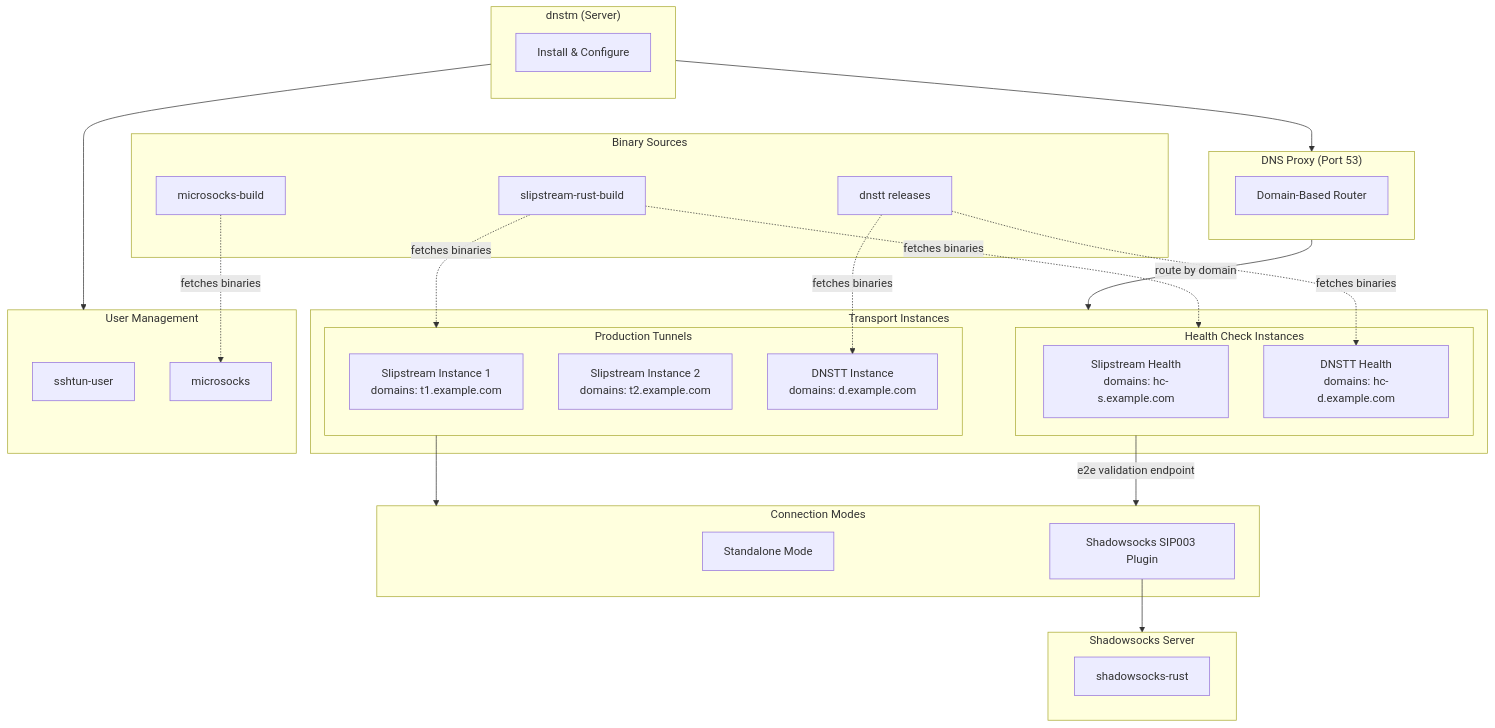
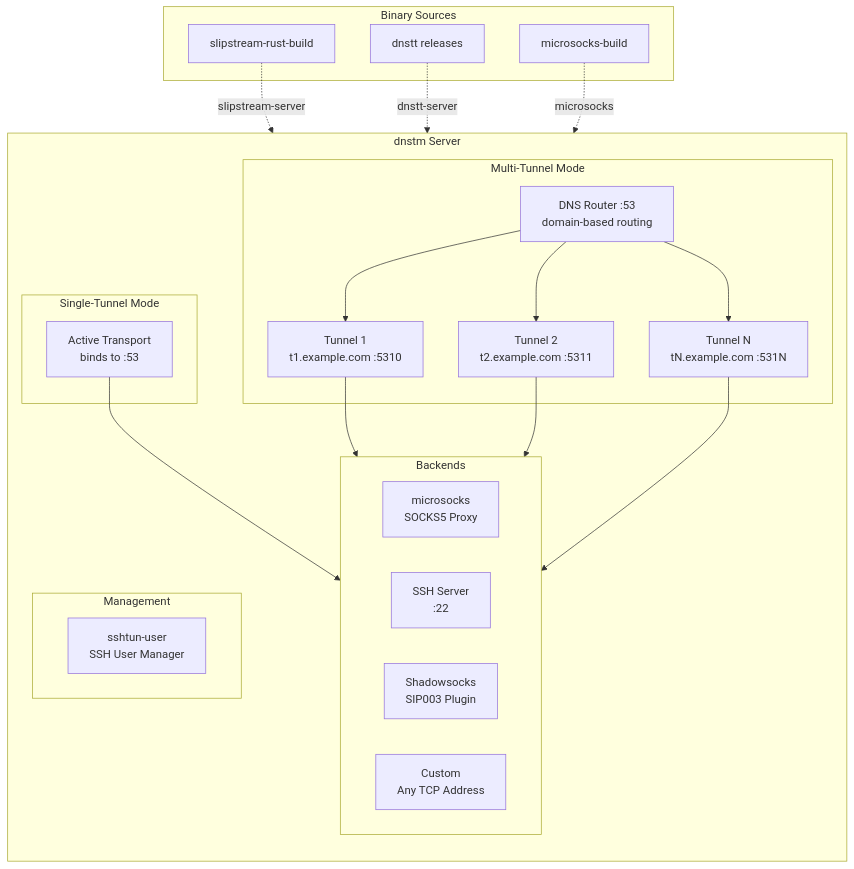
Before and after one commit to net2share/.github: the first of 3 diagrams in profile/README.md, drawn with Mermaid. The commit also changed other lines of this file, not shown here.

````diff
--- a/profile/README.md
+++ b/profile/README.md
@@ -136,56 +138,47 @@
 ```mermaid
 flowchart TB
-    subgraph dnstm["dnstm (Server)"]
+    subgraph dnstm["dnstm Server"]
         direction TB
-        A[Install & Configure]
-    end
 
-    subgraph dns_proxy_server["DNS Proxy (Port 53)"]
-        P[Domain-Based Router]
-    end
+        subgraph single["Single-Tunnel Mode"]
+            ST[Active Transport<br/>binds to :53]
+        end
 
-    subgraph transports["Transport Instances"]
-        subgraph prod["Production Tunnels"]
-            B1[Slipstream Instance 1<br/>domains: t1.example.com]
-            B2[Slipstream Instance 2<br/>domains: t2.example.com]
-            C1[DNSTT Instance<br/>domains: d.example.com]
+        subgraph multi["Multi-Tunnel Mode"]
+            DR[DNS Router :53<br/>domain-based routing]
+            T1[Tunnel 1<br/>t1.example.com :5310]
+            T2[Tunnel 2<br/>t2.example.com :5311]
+            TN[Tunnel N<br/>tN.example.com :531N]
         end
-        subgraph health["Health Check Instances"]
-            H1[Slipstream Health<br/>domains: hc-s.example.com]
-            H2[DNSTT Health<br/>domains: hc-d.example.com]
+
+        subgraph backends["Backends"]
+            SOCKS[microsocks<br/>SOCKS5 Proxy]
+            SSH[SSH Server<br/>:22]
+            SS[Shadowsocks<br/>SIP003 Plugin]
+            CUSTOM[Custom<br/>Any TCP Address]
         end
-    end
 
-    subgraph modes["Connection Modes"]
-        D[Standalone Mode]
-        E[Shadowsocks SIP003 Plugin]
-    end
-
-    subgraph shadowsocks["Shadowsocks Server"]
-        F[shadowsocks-rust]
-    end
-
-    subgraph usermgmt["User Management"]
-        M[sshtun-user]
-        N[microsocks]
+        subgraph mgmt["Management"]
+            SSHTUN[sshtun-user<br/>SSH User Manager]
+        end
     end
 
     subgraph artifacts["Binary Sources"]
         J[slipstream-rust-build]
         K[dnstt releases]
         L[microsocks-build]
     end
 
-    dnstm --> dns_proxy_server
-    dns_proxy_server -->|route by domain| transports
-    prod --> modes
-    health -->|e2e validation endpoint| modes
-    E --> shadowsocks
-    dnstm --> usermgmt
+    DR --> T1
+    DR --> T2
+    DR --> TN
 
-    J -.->|fetches binaries| prod
-    J -.->|fetches binaries| health
-    K -.->|fetches binaries| C1
-    K -.->|fetches binaries| H2
-    L -.->|fetches binaries| N
+    ST --> backends
+    T1 --> backends
+    T2 --> backends
+    TN --> backends
+
+    J -.->|slipstream-server| dnstm
+    K -.->|dnstt-server| dnstm
+    L -.->|microsocks| dnstm
 ```
````
